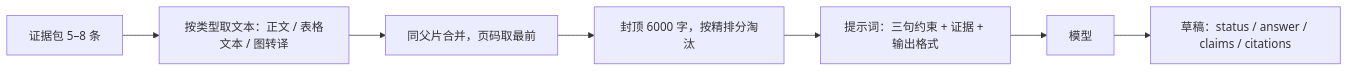
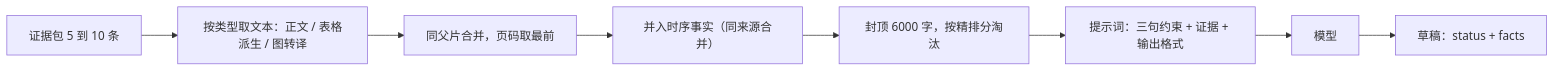
Diagram 13 of 16 in 详细设计.md (kvchen95/ai-rag), drawn with Mermaid before and after one commit. The commit also changed other lines of this file and 4 other files, not shown here.

First line of the commit message:
docs: 按当前实现重写架构图集、概要设计与详细设计

````diff
--- a/详细设计.md
+++ b/详细设计.md
@@ -695,9 +725,10 @@
 ```mermaid
 flowchart LR
-    E["证据包 5–8 条"] --> T["按类型取文本：正文 / 表格文本 / 图转译"]
+    E["证据包 5 到 10 条"] --> T["按类型取文本：正文 / 表格派生 / 图转译"]
     T --> M["同父片合并，页码取最前"]
-    M --> C["封顶 6000 字，按精排分淘汰"]
+    M --> TG["并入时序事实（同来源合并）"]
+    TG --> C["封顶 6000 字，按精排分淘汰"]
     C --> P["提示词：三句约束 + 证据 + 输出格式"]
     P --> L["模型"]
-    L --> D["草稿：status / answer / claims / citations"]
+    L --> D["草稿：status + facts"]
 ```
````
